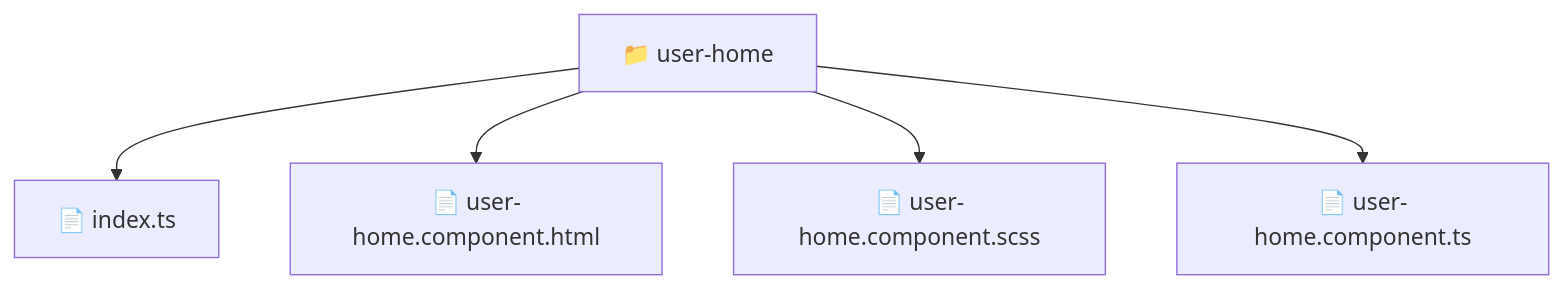
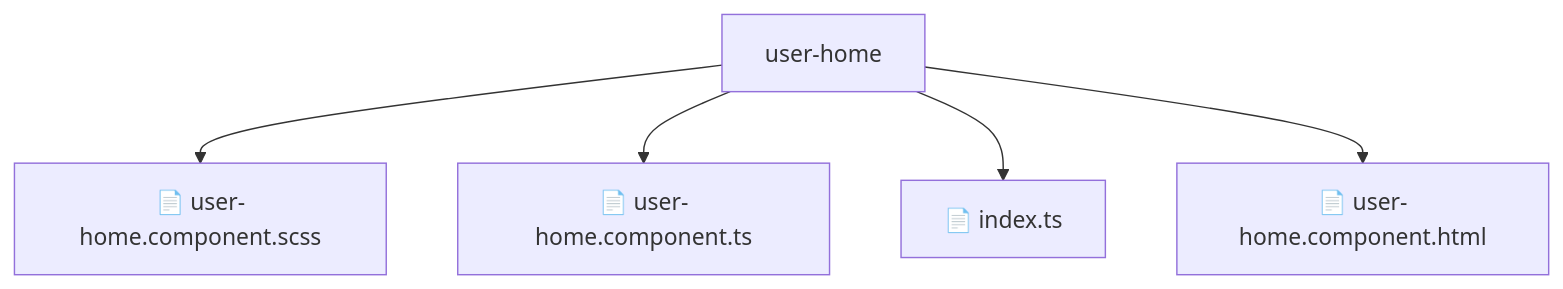
One commit to beginwebdev2002/fullstack-mavluda changed the diagram in frontend/src/pages/user-home/README.md. Above: the diagram before and after it, drawn with Mermaid. The commit also changed other lines of this file and 155 other files, not shown here.

````diff
--- a/frontend/src/pages/user-home/README.md
+++ b/frontend/src/pages/user-home/README.md
@@ -10,8 +14,8 @@
 ```mermaid
 graph TD
-  Root["📁 user-home"]
-  Root --> indexts["📄 index.ts"]
-  Root --> userhomecomponenthtml["📄 user-home.component.html"]
-  Root --> userhomecomponentscss["📄 user-home.component.scss"]
-  Root --> userhomecomponentts["📄 user-home.component.ts"]
+    Root[user-home]
+    Root --> F0[📄 user-home.component.scss]
+    Root --> F1[📄 user-home.component.ts]
+    Root --> F2[📄 index.ts]
+    Root --> F3[📄 user-home.component.html]
 ```
````
